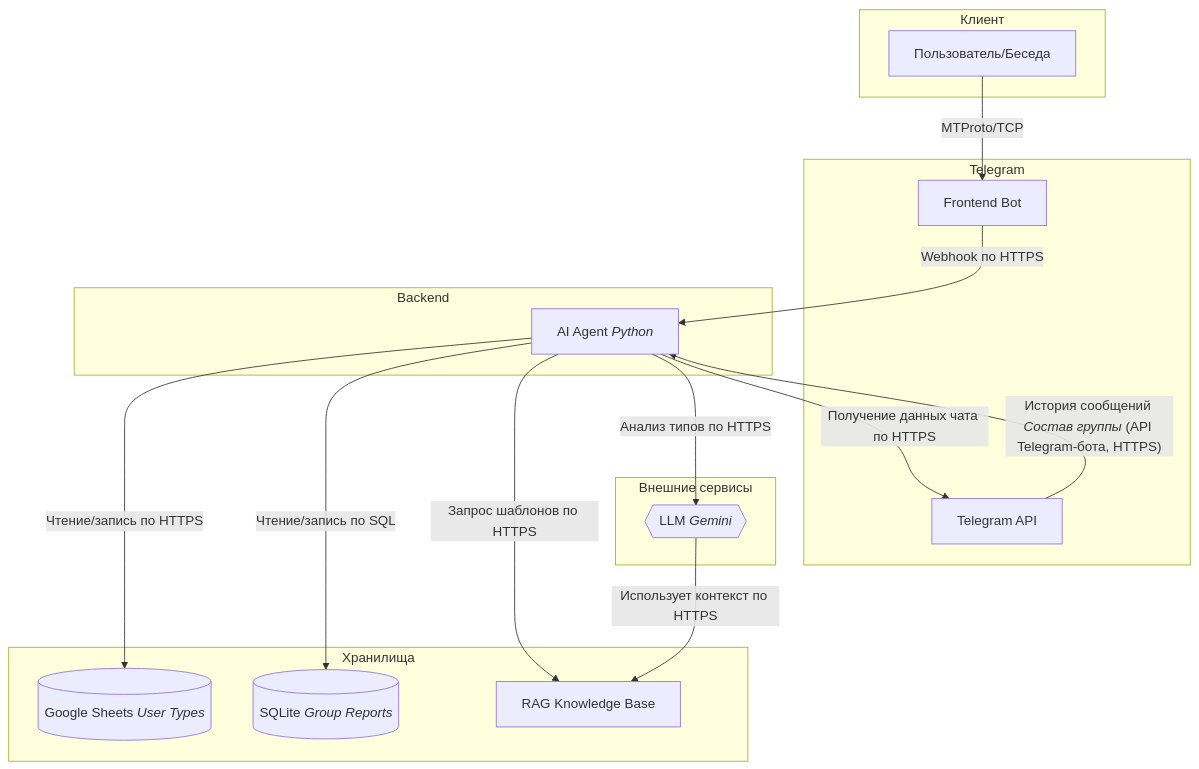
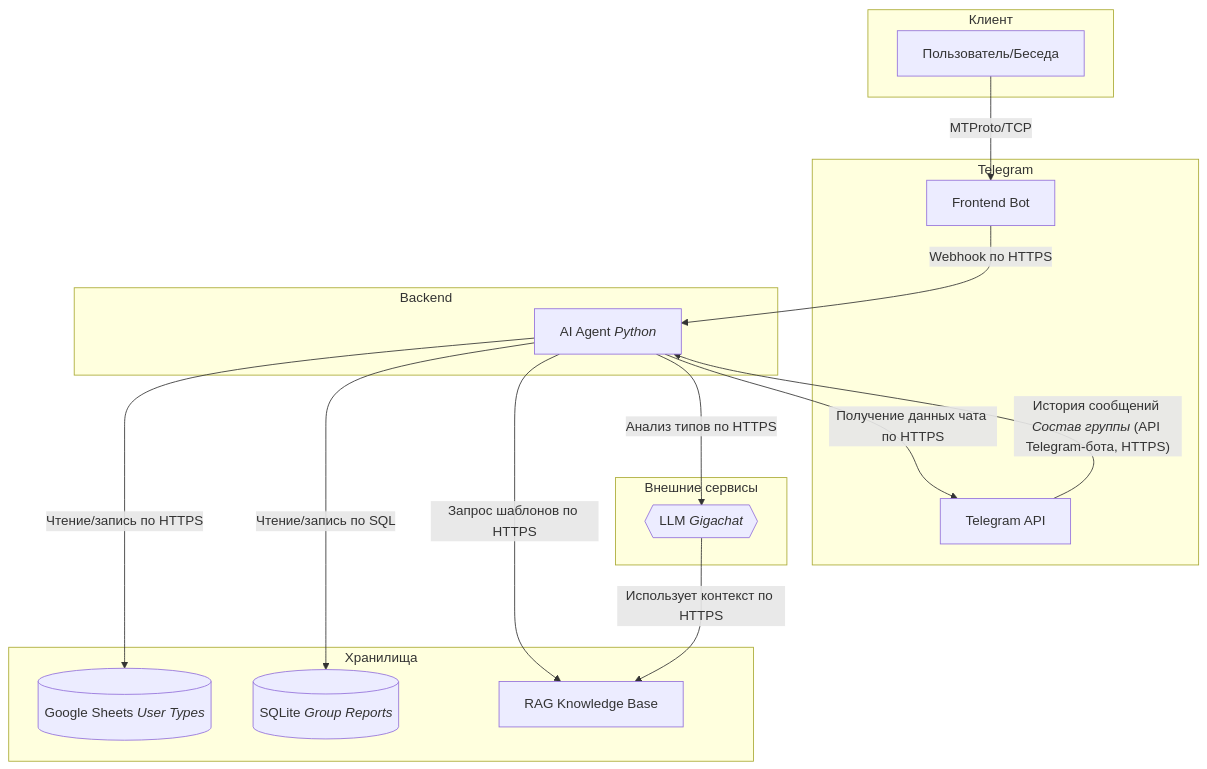
One commit to patolog123/Analyst-3.0 changed the diagram in Тамара_Макарова/Architecture.md. Above: the diagram before and after it, drawn with Mermaid.

````diff
--- a/Тамара_Макарова/Architecture.md
+++ b/Тамара_Макарова/Architecture.md
@@ -1,35 +1,35 @@
 ```mermaid
 graph TD
     subgraph "Клиент"
         A[Пользователь/Беседа]
     end
 
     subgraph "Telegram"
         B[Frontend Bot]
         I[Telegram API]
     end
 
     subgraph "Backend"
         D[AI Agent <i>Python</i>]
     end
 
     subgraph "Хранилища"
         E[(Google Sheets <i>User Types</i>)]
         F[(SQLite <i>Group Reports</i>)]
         J[RAG Knowledge Base]
     end
 
     subgraph "Внешние сервисы"
-        G{{LLM <i>Gemini</i>}}
+        G{{LLM <i>Gigachat</i>}}
     end
 
     A -- MTProto/TCP --> B
     B -- Webhook по HTTPS --> D
     D -- Чтение/запись по HTTPS --> E
     D -- Чтение/запись по SQL --> F
     D -- Запрос шаблонов по HTTPS --> J
     D -- Анализ типов по HTTPS --> G
     D -- Получение данных чата по HTTPS --> I
     G -- Использует контекст по HTTPS --> J
     I -- История сообщений <i>Состав группы</i> (API Telegram-бота, HTTPS) --> D
 ```
````
